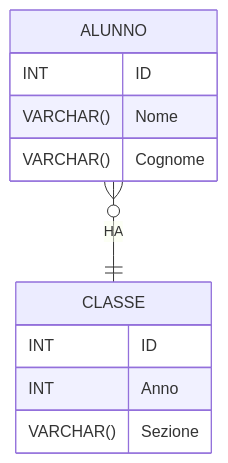
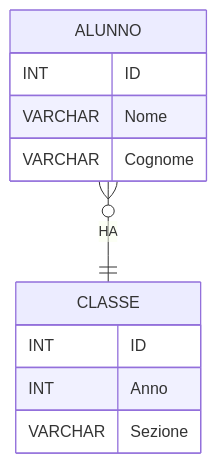
The diagram in Informatica/Database-e-Normalizzazione.md (Eritozz/Appunti5BIA), drawn with Mermaid before and after one commit.

Commit message:
magari è risolto piccolo problemino

````diff
--- a/Informatica/Database-e-Normalizzazione.md
+++ b/Informatica/Database-e-Normalizzazione.md
@@ -21,14 +21,14 @@
 ```mermaid
   erDiagram
     ALUNNO }o--|| CLASSE : HA
     ALUNNO {
         INT ID
-        VARCHAR() Nome
-        VARCHAR() Cognome
+        VARCHAR Nome
+        VARCHAR Cognome
     }    
     CLASSE {
         INT ID
         INT Anno
-        VARCHAR() Sezione
+        VARCHAR Sezione
     }
 ```
````
